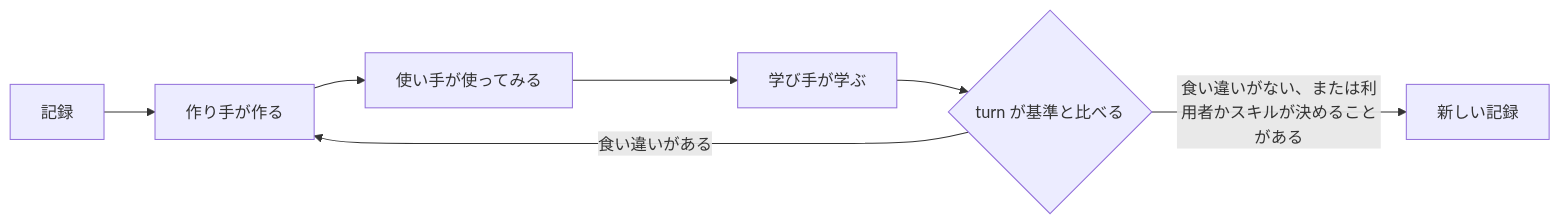
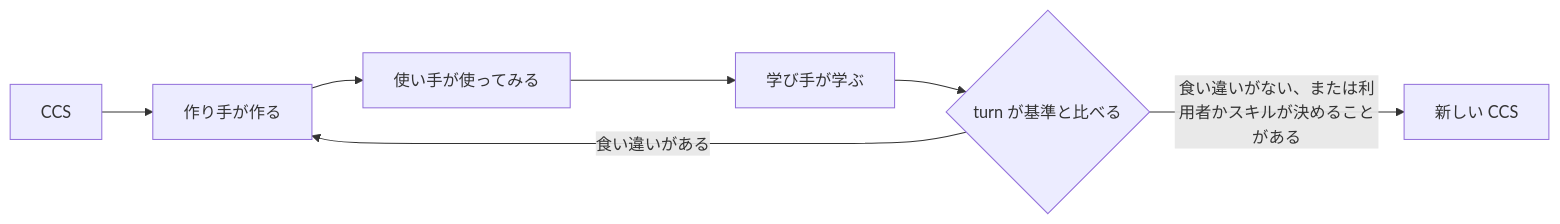
One commit to lovaizu/ccpm changed the second of 2 diagrams in turn/README.md. Above: the diagram before and after it, drawn with Mermaid. The commit also changed other lines of this file and 2 other files, not shown here.

First line of the commit message:
turn: README calls the record CCS throughout and explains it up front; unlist turn until it is built

````diff
--- a/turn/README.md
+++ b/turn/README.md
@@ -72,9 +72,9 @@
 ```mermaid
 flowchart LR
-  I[記録] --> M[作り手が作る]
+  I[CCS] --> M[作り手が作る]
   M --> U[使い手が使ってみる]
   U --> L[学び手が学ぶ]
   L --> J{turn が基準と比べる}
   J -->|食い違いがある| M
-  J -->|食い違いがない、または利用者かスキルが決めることがある| O[新しい記録]
+  J -->|食い違いがない、または利用者かスキルが決めることがある| O[新しい CCS]
 ```
````
